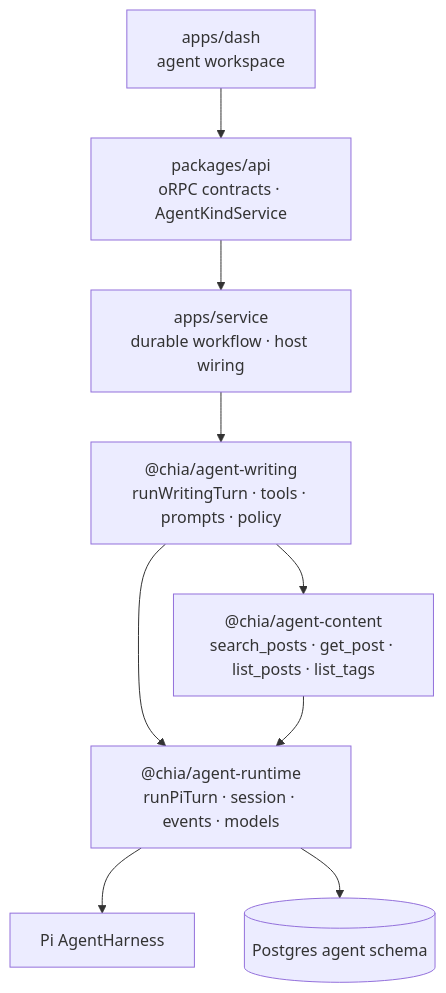
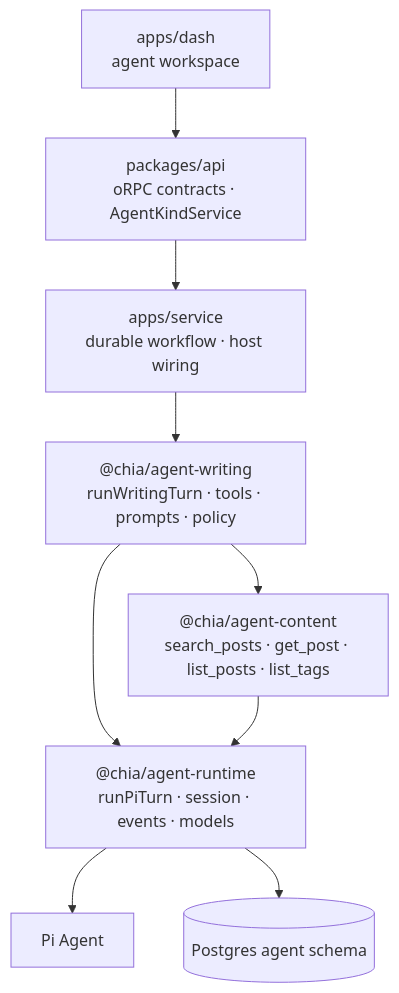
One commit to Chia1104/chia1104.dev changed the first of 3 diagrams in docs/agent-architecture.zh.md. Above: the diagram before and after it, drawn with Mermaid. The commit also changed other lines of this file and 3 other files, not shown here.

Commit message:
docs(agent): describe the Agent engine and the runtime-owned session tree

````diff
--- a/docs/agent-architecture.zh.md
+++ b/docs/agent-architecture.zh.md
@@ -22,11 +23,11 @@
 ```mermaid
 flowchart TB
     dash["apps/dash<br/>agent workspace"] --> api["packages/api<br/>oRPC contracts · AgentKindService"]
     api --> service["apps/service<br/>durable workflow · host wiring"]
     service --> writing["@chia/agent-writing<br/>runWritingTurn · tools · prompts · policy"]
     writing --> content["@chia/agent-content<br/>search_posts · get_post · list_posts · list_tags"]
     writing --> runtime["@chia/agent-runtime<br/>runPiTurn · session · events · models"]
     content --> runtime
-    runtime --> pi["Pi AgentHarness"]
+    runtime --> pi["Pi Agent"]
     runtime --> pg[("Postgres agent schema")]
 ```
````
